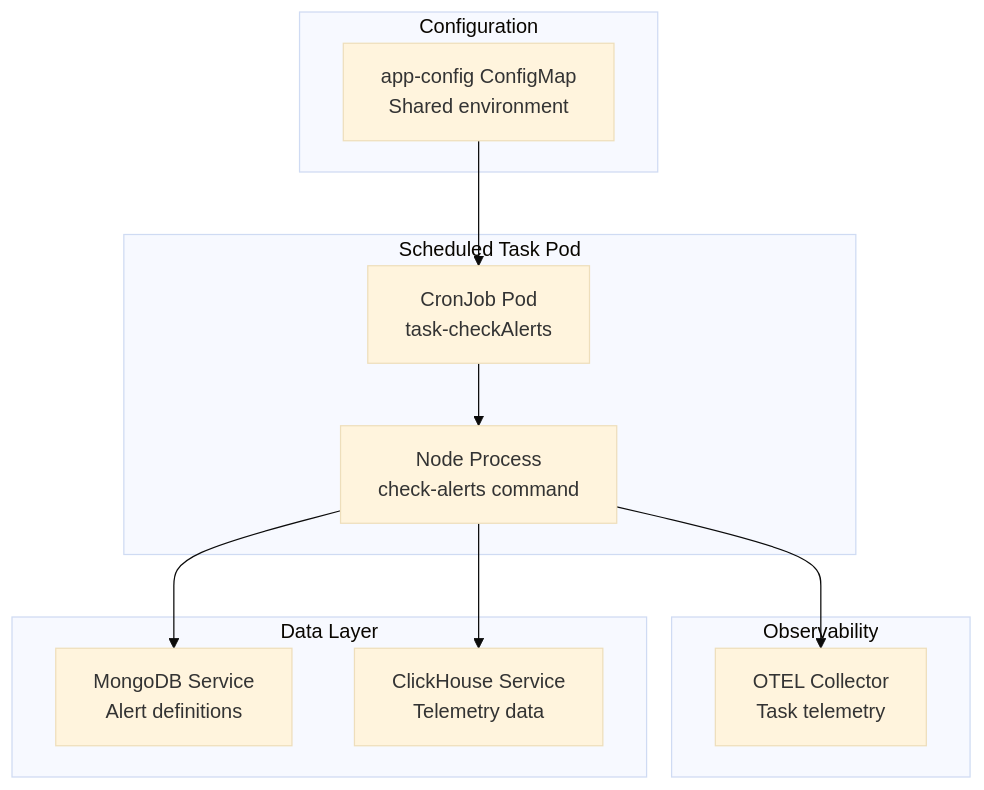
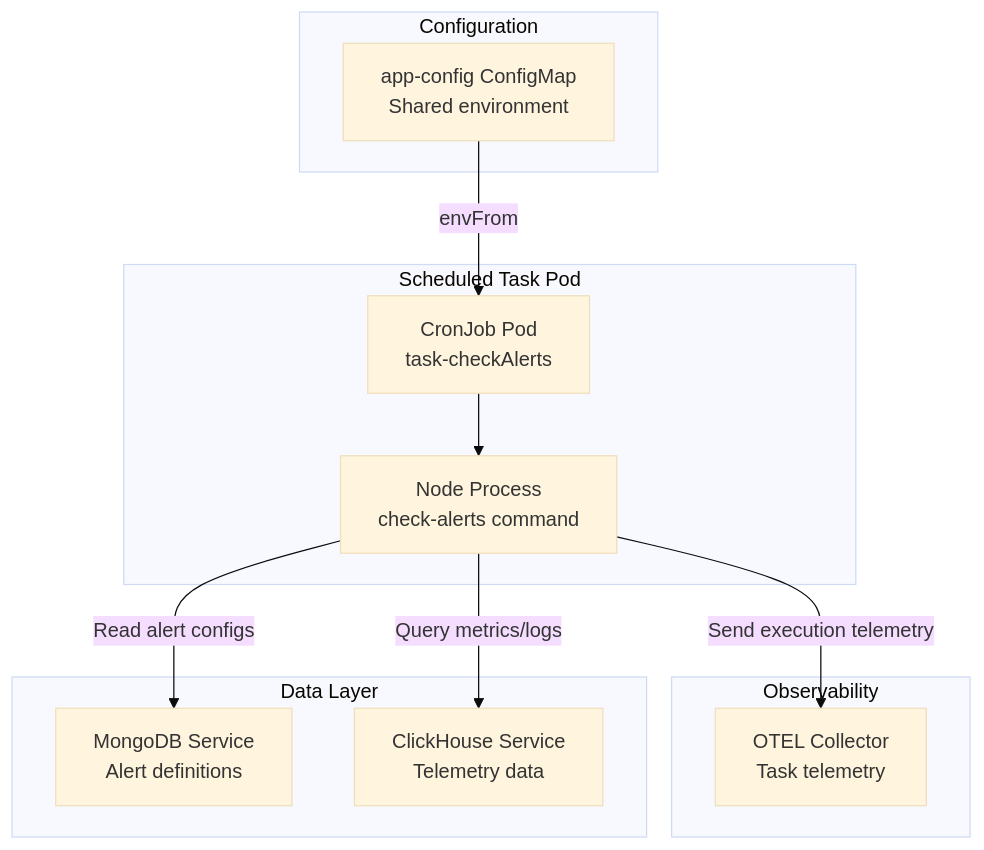
The fourth of 4 diagrams in docs/hyperdxio-helm-charts-docs/Scheduled-Tasks-Configuration.md (openchoreo/openchoreo), drawn with Mermaid (base theme) before and after one commit. The commit also changed other lines of this file and 85 other files, not shown here.

Commit message:
feat: Add new workflow and specification templates, update Helm chart dependencies, and clarify documentation diagrams.

````diff
--- a/docs/hyperdxio-helm-charts-docs/Scheduled-Tasks-Configuration.md
+++ b/docs/hyperdxio-helm-charts-docs/Scheduled-Tasks-Configuration.md
@@ -332,34 +332,34 @@
 ```mermaid
 flowchart TD
 
 CronJobPod["CronJob Pod<br>task-checkAlerts"]
 TaskProcess["Node Process<br>check-alerts command"]
 ConfigMap["app-config ConfigMap<br>Shared environment"]
 MongoDB["MongoDB Service<br>Alert definitions"]
 ClickHouse["ClickHouse Service<br>Telemetry data"]
 OTELCollector["OTEL Collector<br>Task telemetry"]
 
-ConfigMap --> CronJobPod
-TaskProcess --> MongoDB
-TaskProcess --> ClickHouse
-TaskProcess --> OTELCollector
+ConfigMap -->|"envFrom"| CronJobPod
+TaskProcess -->|"Read alert configs"| MongoDB
+TaskProcess -->|"Query metrics/logs"| ClickHouse
+TaskProcess -->|"Send execution telemetry"| OTELCollector
 
 subgraph Observability ["Observability"]
     OTELCollector
 end
 
 subgraph subGraph2 ["Data Layer"]
     MongoDB
     ClickHouse
 end
 
 subgraph Configuration ["Configuration"]
     ConfigMap
 end
 
 subgraph subGraph0 ["Scheduled Task Pod"]
     CronJobPod
     TaskProcess
     CronJobPod --> TaskProcess
 end
 ```
````
